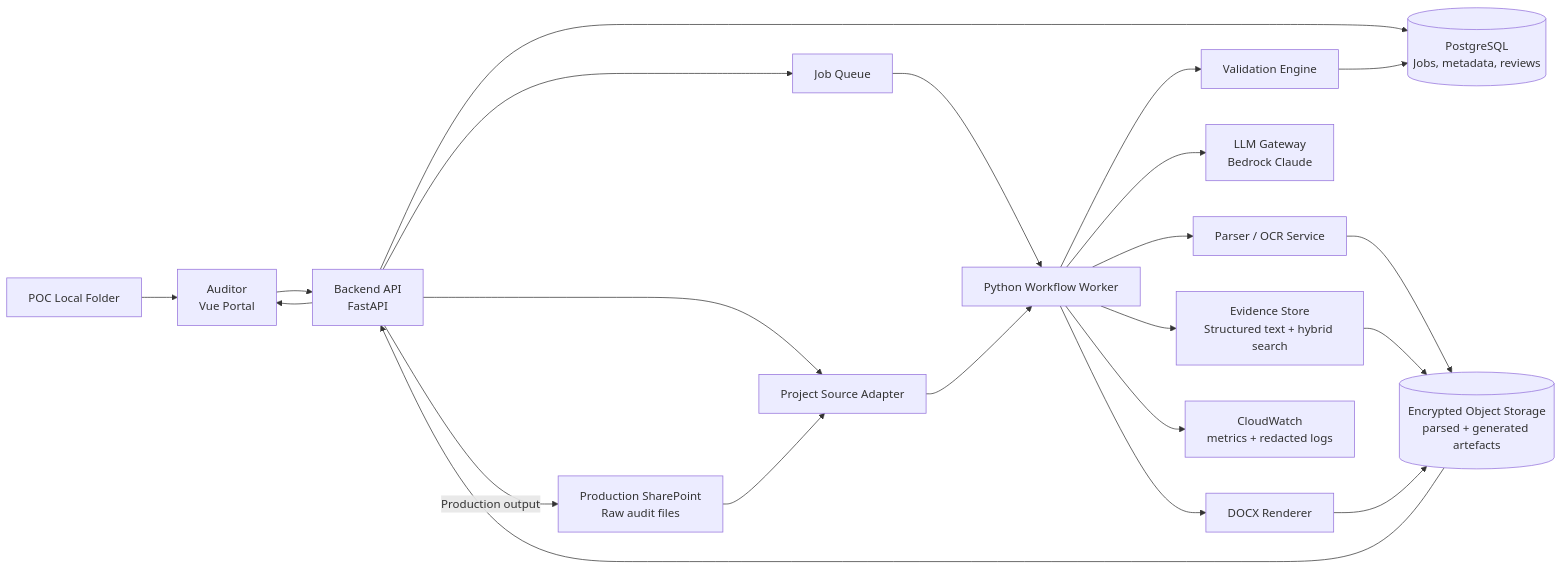
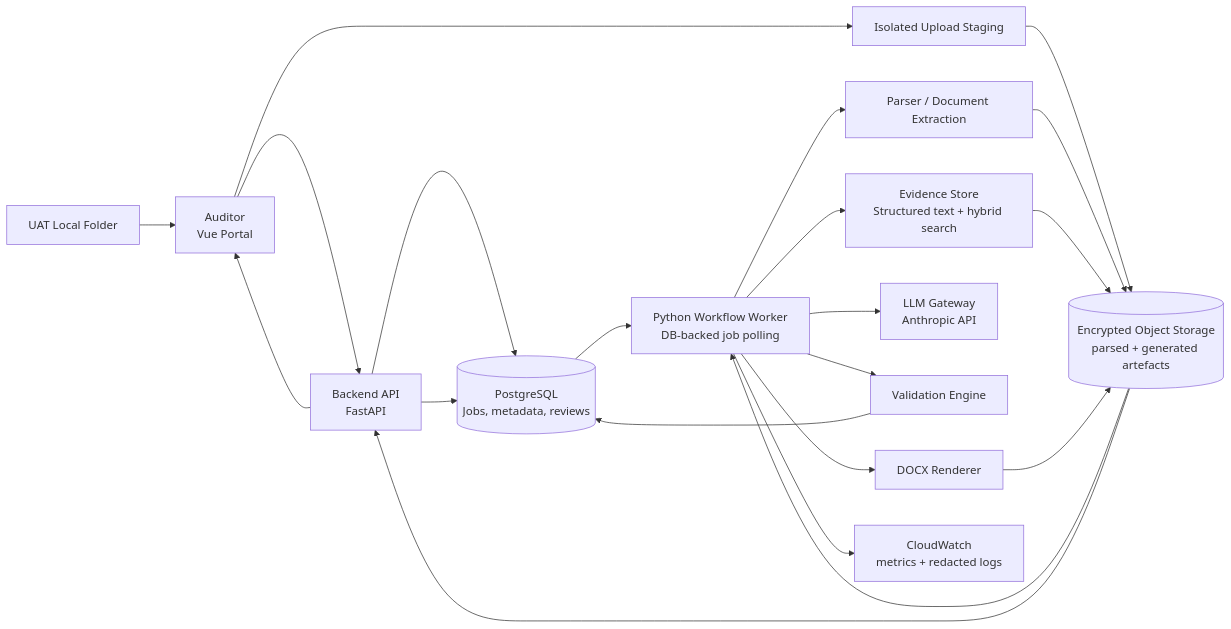
Before and after one commit to Duonghn257/IA_Audit: the second of 2 diagrams in docs/v2/reference/TARGET_ARCHITECTURE.md, drawn with Mermaid. The commit also changed other lines of this file and 87 other files, not shown here.

Commit message:
feat (backend): Remove docs from POC, Enhance API Contract

````diff
--- a/docs/v2/reference/TARGET_ARCHITECTURE.md
+++ b/docs/v2/reference/TARGET_ARCHITECTURE.md
@@ -284,28 +339,27 @@
 ```mermaid
 flowchart LR
     U[Auditor<br/>Vue Portal] --> API[Backend API<br/>FastAPI]
     API --> DB[(PostgreSQL<br/>Jobs, metadata, reviews)]
-    API --> Q[Job Queue]
-    Q --> W[Python Workflow Worker]
+    API --> DB
+    DB --> W[Python Workflow Worker<br/>DB-backed job polling]
 
-    LOCAL[POC Local Folder] --> U
-    API --> SRC[Project Source Adapter]
-    SP[Production SharePoint<br/>Raw audit files] --> SRC
-    SRC --> W
+    LOCAL[UAT Local Folder] --> U
+    U --> STAGE[Isolated Upload Staging]
+    STAGE --> OBJ
+    OBJ --> W
 
-    W --> PARSE[Parser / OCR Service]
+    W --> PARSE[Parser / Document Extraction]
     W --> RET[Evidence Store<br/>Structured text + hybrid search]
-    W --> LLM[LLM Gateway<br/>Bedrock Claude]
+    W --> LLM[LLM Gateway<br/>Anthropic API]
     W --> VAL[Validation Engine]
     W --> DOCX[DOCX Renderer]
 
     PARSE --> OBJ[(Encrypted Object Storage<br/>parsed + generated artefacts)]
     RET --> OBJ
     VAL --> DB
     DOCX --> OBJ
     OBJ --> API
     API --> U
-    API -->|Production output| SP
 
     W --> OBS[CloudWatch<br/>metrics + redacted logs]
 ```
````
